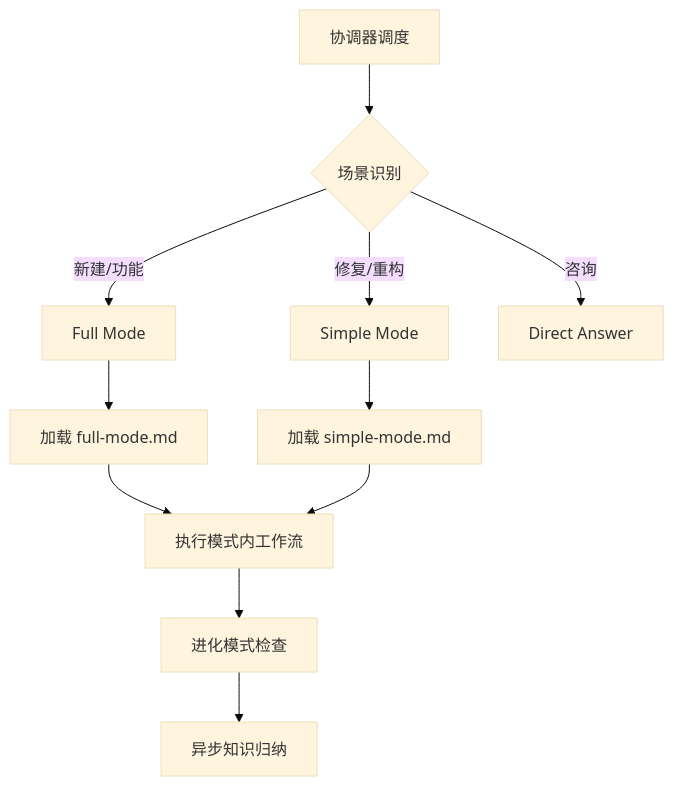
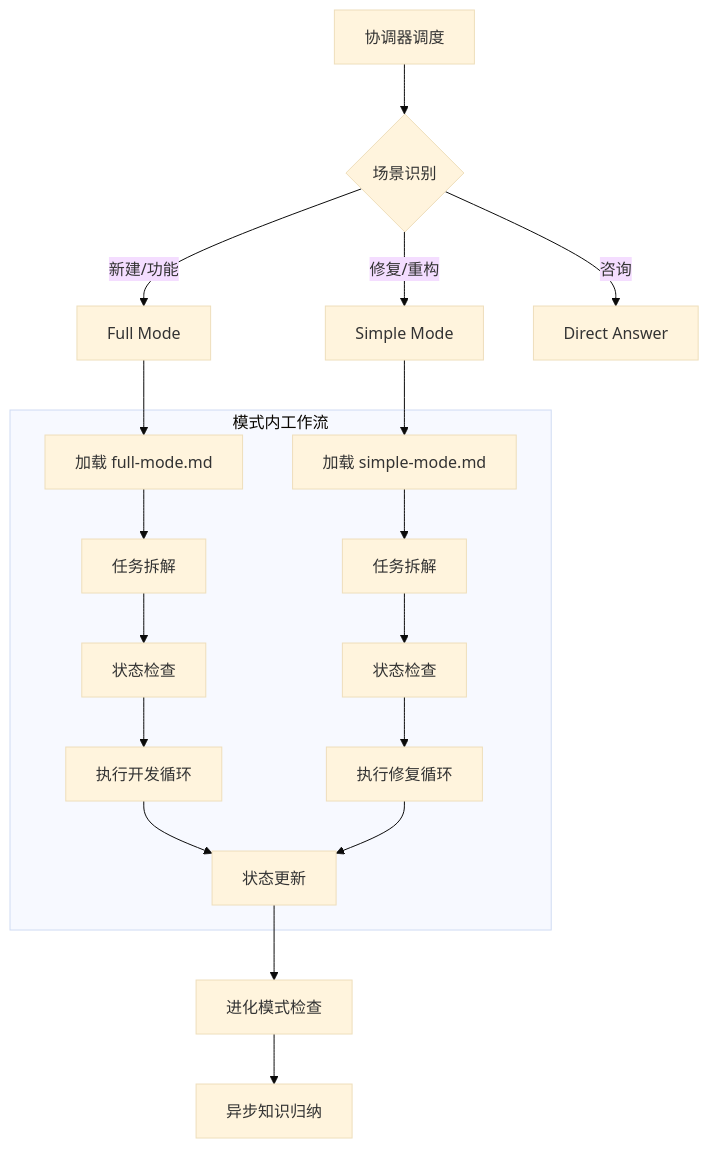
One commit to richenlin/evolving-programming-agent changed the diagram in programming-assistant/SKILL.md. Above: the diagram before and after it, drawn with Mermaid (base theme). The commit also changed other lines of this file and 2 other files, not shown here.

Commit message:
docs: update workflow diagrams and task decomposition guidelines

````diff
--- a/programming-assistant/SKILL.md
+++ b/programming-assistant/SKILL.md
@@ -40,14 +40,24 @@
 ```mermaid
 graph TD
     A[协调器调度] --> B{场景识别}
     B -->|新建/功能| C[Full Mode]
     B -->|修复/重构| D[Simple Mode]
     B -->|咨询| E[Direct Answer]
     
     C --> F[加载 full-mode.md]
     D --> G[加载 simple-mode.md]
     
-    F & G --> H[执行模式内工作流]
-    H --> I[进化模式检查]
-    I --> J[异步知识归纳]
+    subgraph 模式内工作流
+    F --> H[任务拆解]
+    G --> I[任务拆解]
+    H --> J[状态检查]
+    I --> K[状态检查]
+    J --> L[执行开发循环]
+    K --> M[执行修复循环]
+    L --> N[状态更新]
+    M --> N
+    end
+    
+    N --> O[进化模式检查]
+    O --> P[异步知识归纳]
 ```
````
